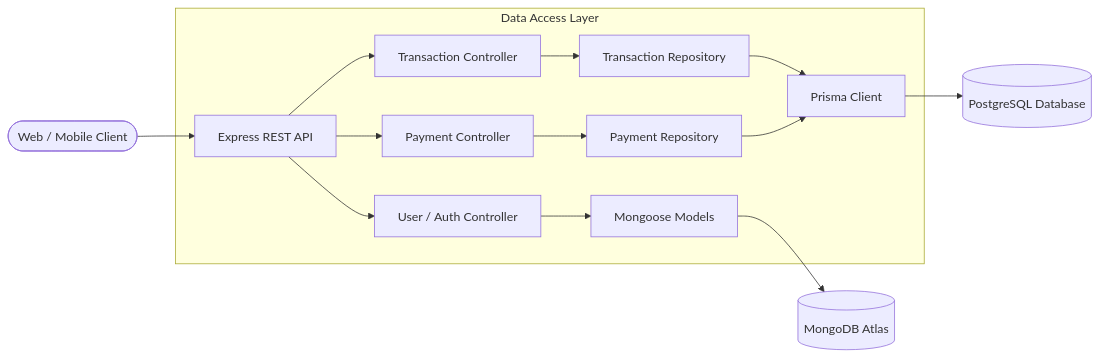
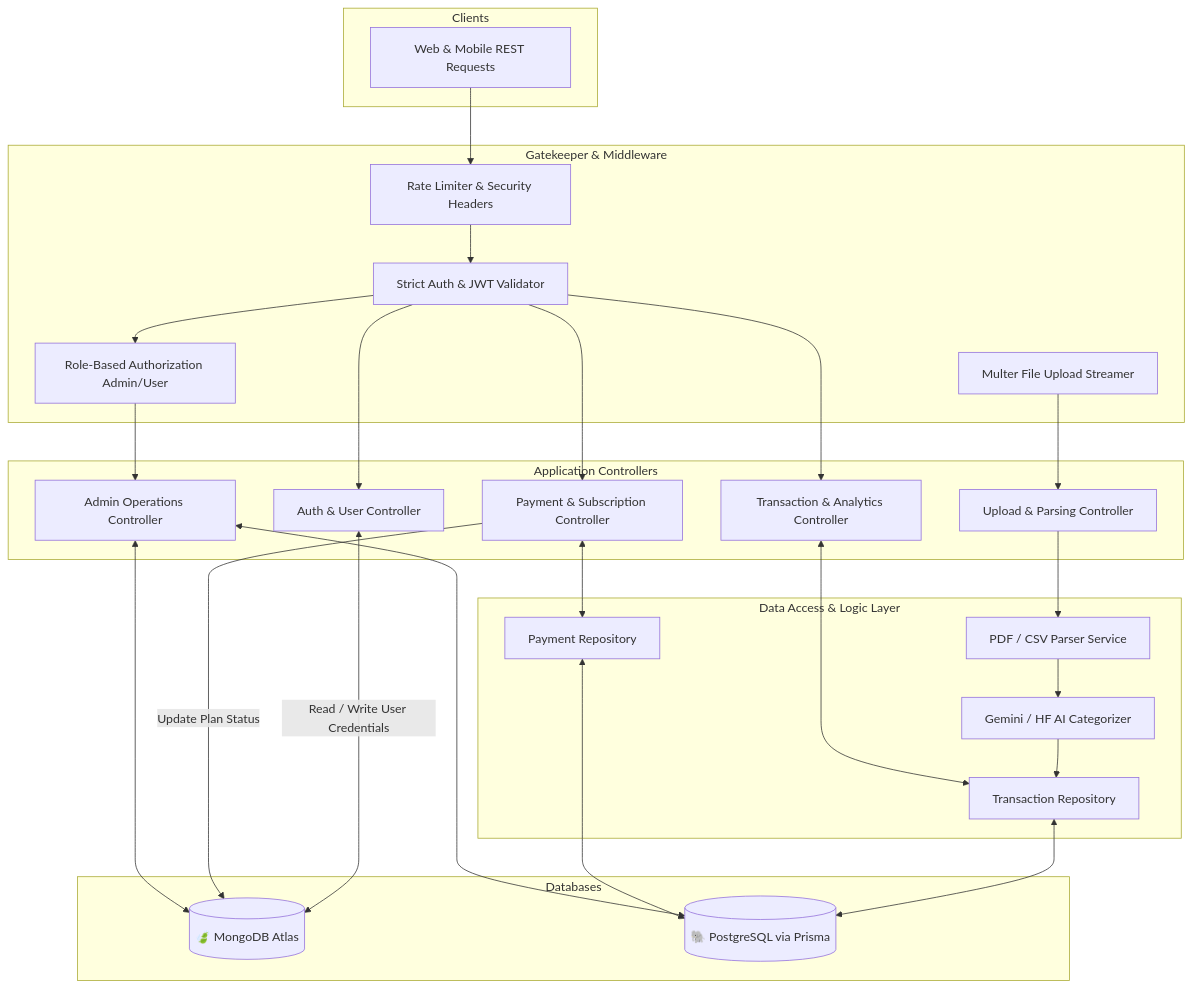
One commit to varunjoshi84/FintrackAI changed the second of 3 diagrams in backend/README.md. Above: the diagram before and after it, drawn with Mermaid. The commit also changed other lines of this file and 3 other files, not shown here.

Commit message:
docs: enrich readmes with badges, release links and multi-level DFD diagrams

````diff
--- a/backend/README.md
+++ b/backend/README.md
@@ -53,20 +74,62 @@
 ```mermaid
-flowchart LR
-    Client([Web / Mobile Client]) --> Server[Express REST API]
-    
-    subgraph Data_Layer [Data Access Layer]
-        Server --> UserCtrl[User / Auth Controller]
-        Server --> TxnCtrl[Transaction Controller]
-        Server --> PayCtrl[Payment Controller]
-        
-        TxnCtrl --> TxnRepo[Transaction Repository]
-        PayCtrl --> PayRepo[Payment Repository]
-        
-        TxnRepo --> PrismaClient[Prisma Client]
-        PayRepo --> PrismaClient
-        UserCtrl --> Mongoose[Mongoose Models]
+flowchart TD
+    subgraph Inbound_Traffic [Clients]
+        REQ[Web & Mobile REST Requests]
     end
-    
-    PrismaClient --> PG[(PostgreSQL Database)]
-    Mongoose --> Mongo[(MongoDB Atlas)]
+
+    subgraph Security_Layer [Gatekeeper & Middleware]
+        MW1[Strict Auth & JWT Validator]
+        MW2[Role-Based Authorization Admin/User]
+        MW3[Multer File Upload Streamer]
+        MW4[Rate Limiter & Security Headers]
+    end
+
+    subgraph Controllers [Application Controllers]
+        C1[Auth & User Controller]
+        C2[Upload & Parsing Controller]
+        C3[Transaction & Analytics Controller]
+        C4[Payment & Subscription Controller]
+        C5[Admin Operations Controller]
+    end
+
+    subgraph Repositories_and_Services [Data Access & Logic Layer]
+        S_PARSE[PDF / CSV Parser Service]
+        S_AI[Gemini / HF AI Categorizer]
+        R_TXN[Transaction Repository]
+        R_PAY[Payment Repository]
+    end
+
+    subgraph Polyglot_Databases [Databases]
+        DB_MONGO[(🍃 MongoDB Atlas)]
+        DB_PG[(🐘 PostgreSQL via Prisma)]
+    end
+
+    REQ --> MW4 --> MW1 --> MW2
+
+    MW1 --> C1
+    MW3 --> C2
+    MW1 --> C3
+    MW1 --> C4
+    MW2 --> C5
+
+    %% Auth Controller
+    C1 <-->|Read / Write User Credentials| DB_MONGO
+
+    %% Upload Controller
+    C2 --> S_PARSE
+    S_PARSE --> S_AI
+    S_AI --> R_TXN
+
+    %% Transaction Controller
+    C3 <--> R_TXN
+    R_TXN <--> DB_PG
+
+    %% Payment Controller
+    C4 <--> R_PAY
+    R_PAY <--> DB_PG
+    C4 -->|Update Plan Status| DB_MONGO
+
+    %% Admin Controller
+    C5 <--> DB_MONGO
+    C5 <--> DB_PG
 ```
````
